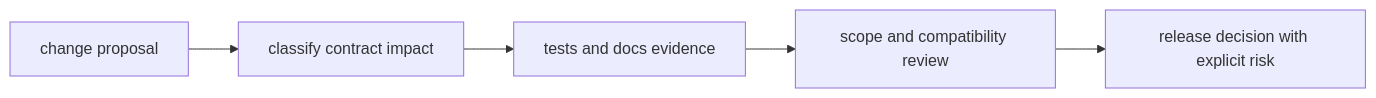
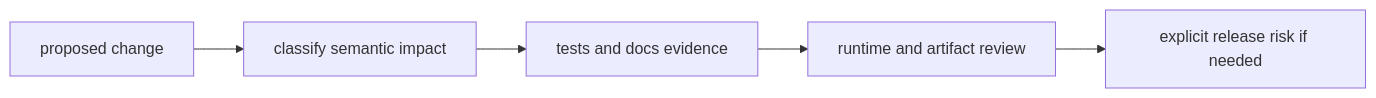
The diagram in docs/bijux-dag/foundation/change-principles.md (bijux/bijux-cli), drawn with Mermaid before and after one commit. The commit also changed other lines of this file, not shown here.

````diff
--- a/docs/bijux-dag/foundation/change-principles.md
+++ b/docs/bijux-dag/foundation/change-principles.md
@@ -17,7 +20,7 @@
 ```mermaid
 flowchart LR
-    proposal["change proposal"] --> classify["classify contract impact"]
+    proposal["proposed change"] --> classify["classify semantic impact"]
     classify --> evidence["tests and docs evidence"]
-    evidence --> review["scope and compatibility review"]
-    review --> release["release decision with explicit risk"]
+    evidence --> review["runtime and artifact review"]
+    review --> release["explicit release risk if needed"]
 ```
````
